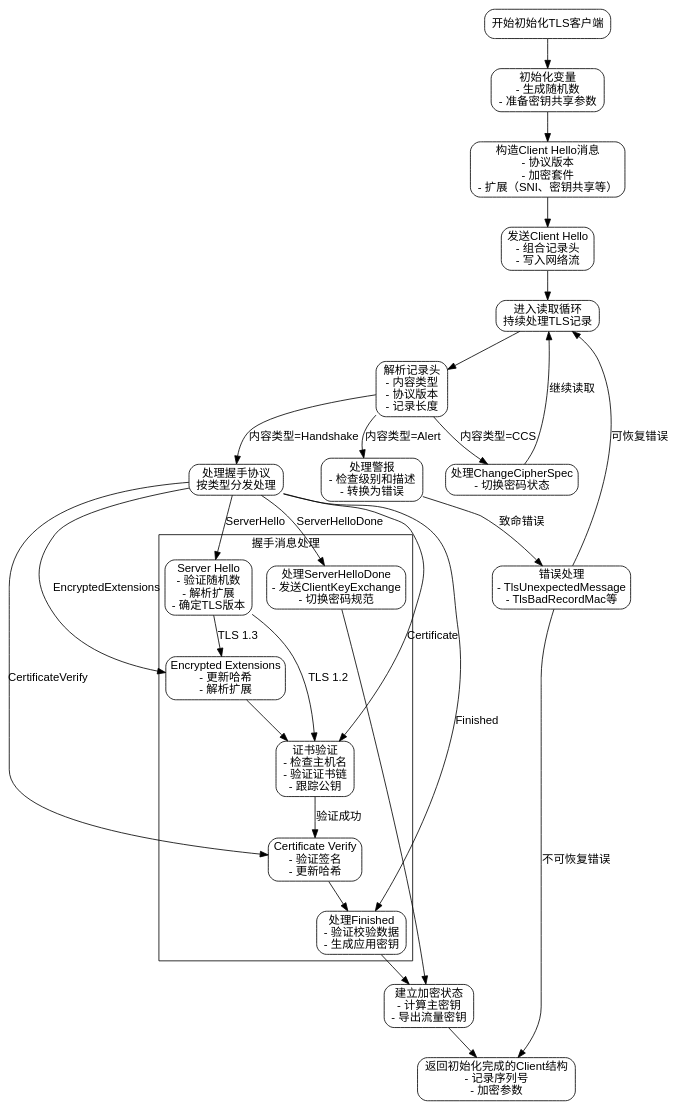
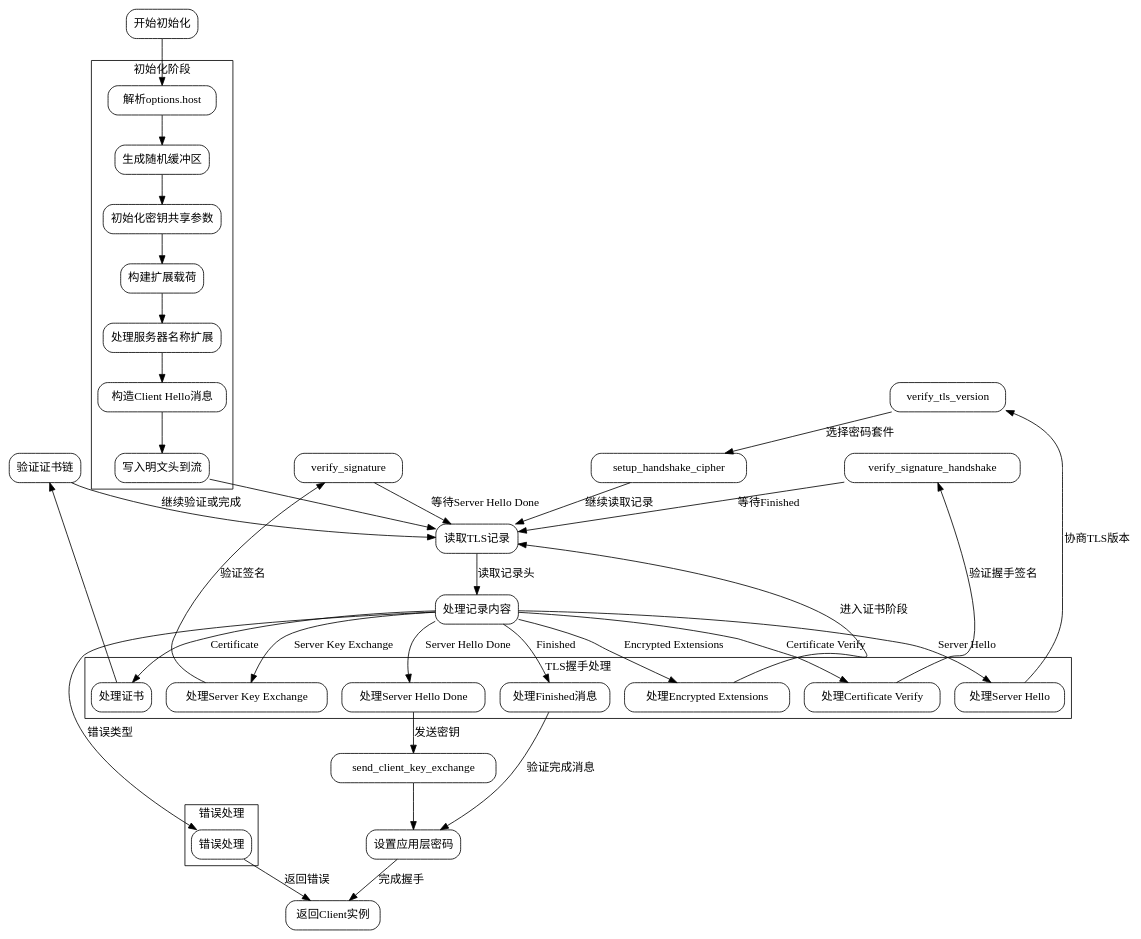
The diagram in dot_std/crypto/tls/Client.zig.init.md (sdzx-1/deepseek-zig-reader), drawn with Graphviz before and after one commit. The commit also changed other lines of this file and 236 other files, not shown here.

````diff
--- a/dot_std/crypto/tls/Client.zig.init.md
+++ b/dot_std/crypto/tls/Client.zig.init.md
@@ -15,62 +17,97 @@
-```dot
-digraph flowchart {
-    node [shape=rectangle, style="rounded", fontname="Arial"];
-    edge [fontname="Arial"];
+```graphviz
+digraph TLSClientInitFlow {
+    rankdir=TB;
+    node [shape=rectangle, style="rounded"];
 
-    start [label="开始初始化TLS客户端"];
-    init_vars [label="初始化变量\n- 生成随机数\n- 准备密钥共享参数"];
-    build_client_hello [label="构造Client Hello消息\n- 协议版本\n- 加密套件\n- 扩展（SNI、密钥共享等）"];
-    send_client_hello [label="发送Client Hello\n- 组合记录头\n- 写入网络流"];
-    read_loop [label="进入读取循环\n持续处理TLS记录"];
-    process_record [label="解析记录头\n- 内容类型\n- 协议版本\n- 记录长度"];
-    handle_alert [label="处理警报\n- 检查级别和描述\n- 转换为错误"];
-    handle_ccs [label="处理ChangeCipherSpec\n- 切换密码状态"];
-    handle_handshake [label="处理握手协议\n按类型分发处理"];
-    
-    subgraph cluster_handshake {
-        label="握手消息处理";
-        server_hello [label="Server Hello\n- 验证随机数\n- 解析扩展\n- 确定TLS版本"];
-        encrypted_ext [label="Encrypted Extensions\n- 更新哈希\n- 解析扩展"];
-        certificate [label="证书验证\n- 检查主机名\n- 验证证书链\n- 跟踪公钥"];
-        cert_verify [label="Certificate Verify\n- 验证签名\n- 更新哈希"];
-        server_hello_done [label="处理ServerHelloDone\n- 发送ClientKeyExchange\n- 切换密码规范"];
-        finished [label="处理Finished\n- 验证校验数据\n- 生成应用密钥"];
+    start [label="开始初始化"];
+    parse_host [label="解析options.host"];
+    generate_random [label="生成随机缓冲区"];
+    init_key_share [label="初始化密钥共享参数"];
+    build_extensions [label="构建扩展载荷"];
+    handle_server_name [label="处理服务器名称扩展"];
+    construct_client_hello [label="构造Client Hello消息"];
+    write_cleartext [label="写入明文头到流"];
+    read_record [label="读取TLS记录"];
+    process_record [label="处理记录内容"];
+    handle_server_hello [label="处理Server Hello"];
+    handle_encrypted_ext [label="处理Encrypted Extensions"];
+    process_certificates [label="处理证书"];
+    verify_cert_chain [label="验证证书链"];
+    handle_server_key_exchange [label="处理Server Key Exchange"];
+    handle_server_hello_done [label="处理Server Hello Done"];
+    handle_certificate_verify [label="处理Certificate Verify"];
+    handle_finished [label="处理Finished消息"];
+    setup_application_cipher [label="设置应用层密码"];
+    return_client [label="返回Client实例"];
+    error [label="错误处理"];
+
+    start -> parse_host;
+    parse_host -> generate_random;
+    generate_random -> init_key_share;
+    init_key_share -> build_extensions;
+    build_extensions -> handle_server_name;
+    handle_server_name -> construct_client_hello;
+    construct_client_hello -> write_cleartext;
+    write_cleartext -> read_record;
+
+    read_record -> process_record [label="读取记录头"];
+    process_record -> handle_server_hello [label="Server Hello"];
+    process_record -> handle_encrypted_ext [label="Encrypted Extensions"];
+    process_record -> process_certificates [label="Certificate"];
+    process_record -> handle_server_key_exchange [label="Server Key Exchange"];
+    process_record -> handle_server_hello_done [label="Server Hello Done"];
+    process_record -> handle_certificate_verify [label="Certificate Verify"];
+    process_record -> handle_finished [label="Finished"];
+    process_record -> error [label="错误类型"];
+
+    handle_server_hello -> verify_tls_version [label="协商TLS版本"];
+    verify_tls_version -> setup_handshake_cipher [label="选择密码套件"];
+    setup_handshake_cipher -> read_record [label="继续读取记录"];
+
+    handle_encrypted_ext -> read_record [label="进入证书阶段"];
+    process_certificates -> verify_cert_chain;
+    verify_cert_chain -> read_record [label="继续验证或完成"];
+
+    handle_server_key_exchange -> verify_signature [label="验证签名"];
+    verify_signature -> read_record [label="等待Server Hello Done"];
+
+    handle_server_hello_done -> send_client_key_exchange [label="发送密钥"];
+    send_client_key_exchange -> setup_application_cipher;
+
+    handle_certificate_verify -> verify_signature_handshake [label="验证握手签名"];
+    verify_signature_handshake -> read_record [label="等待Finished"];
+
+    handle_finished -> setup_application_cipher [label="验证完成消息"];
+    setup_application_cipher -> return_client [label="完成握手"];
+
+    error -> return_client [label="返回错误"];
+
+    // 子流程节点定义
+    subgraph cluster_tls_handshake {
+        label="TLS握手处理";
+        handle_server_hello;
+        handle_encrypted_ext;
+        process_certificates;
+        handle_server_key_exchange;
+        handle_server_hello_done;
+        handle_certificate_verify;
+        handle_finished;
     }
 
-    error_handling [label="错误处理\n- TlsUnexpectedMessage\n- TlsBadRecordMac等"];
-    establish_cipher [label="建立加密状态\n- 计算主密钥\n- 导出流量密钥"];
-    return_client [label="返回初始化完成的Client结构\n- 记录序列号\n- 加密参数"];
+    subgraph cluster_initialization {
+        label="初始化阶段";
+        parse_host;
+        generate_random;
+        init_key_share;
+        build_extensions;
+        handle_server_name;
+        construct_client_hello;
+        write_cleartext;
+    }
 
-    start -> init_vars;
-    init_vars -> build_client_hello;
-    build_client_hello -> send_client_hello;
-    send_client_hello -> read_loop;
-    read_loop -> process_record;
-    
-    process_record -> handle_alert [label="内容类型=Alert"];
-    process_record -> handle_ccs [label="内容类型=CCS"];
-    process_record -> handle_handshake [label="内容类型=Handshake"];
-    
-    handle_handshake -> server_hello [label="ServerHello"];
-    handle_handshake -> encrypted_ext [label="EncryptedExtensions"];
-    handle_handshake -> certificate [label="Certificate"];
-    handle_handshake -> cert_verify [label="CertificateVerify"];
-    handle_handshake -> server_hello_done [label="ServerHelloDone"];
-    handle_handshake -> finished [label="Finished"];
-    
-    server_hello -> encrypted_ext [label="TLS 1.3"];
-    server_hello -> certificate [label="TLS 1.2"];
-    encrypted_ext -> certificate;
-    certificate -> cert_verify [label="验证成功"];
-    cert_verify -> finished;
-    server_hello_done -> establish_cipher;
-    finished -> establish_cipher;
-    
-    establish_cipher -> return_client;
-    
-    handle_alert -> error_handling [label="致命错误"];
-    handle_ccs -> read_loop [label="继续读取"];
-    error_handling -> read_loop [label="可恢复错误"];
-    error_handling -> return_client [label="不可恢复错误"];
+    subgraph cluster_error_handling {
+        label="错误处理";
+        error;
+    }
 }
 ```
````
